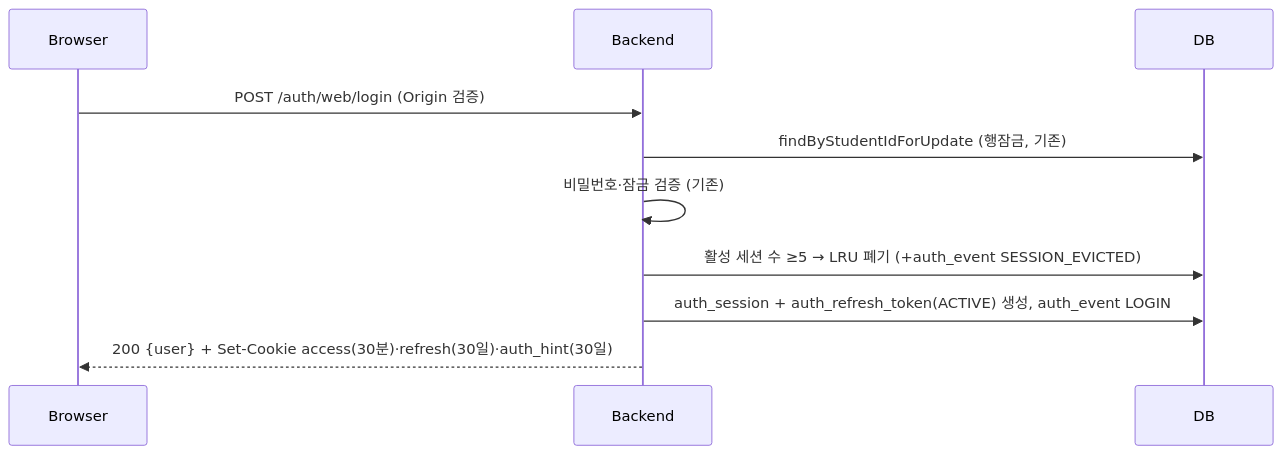
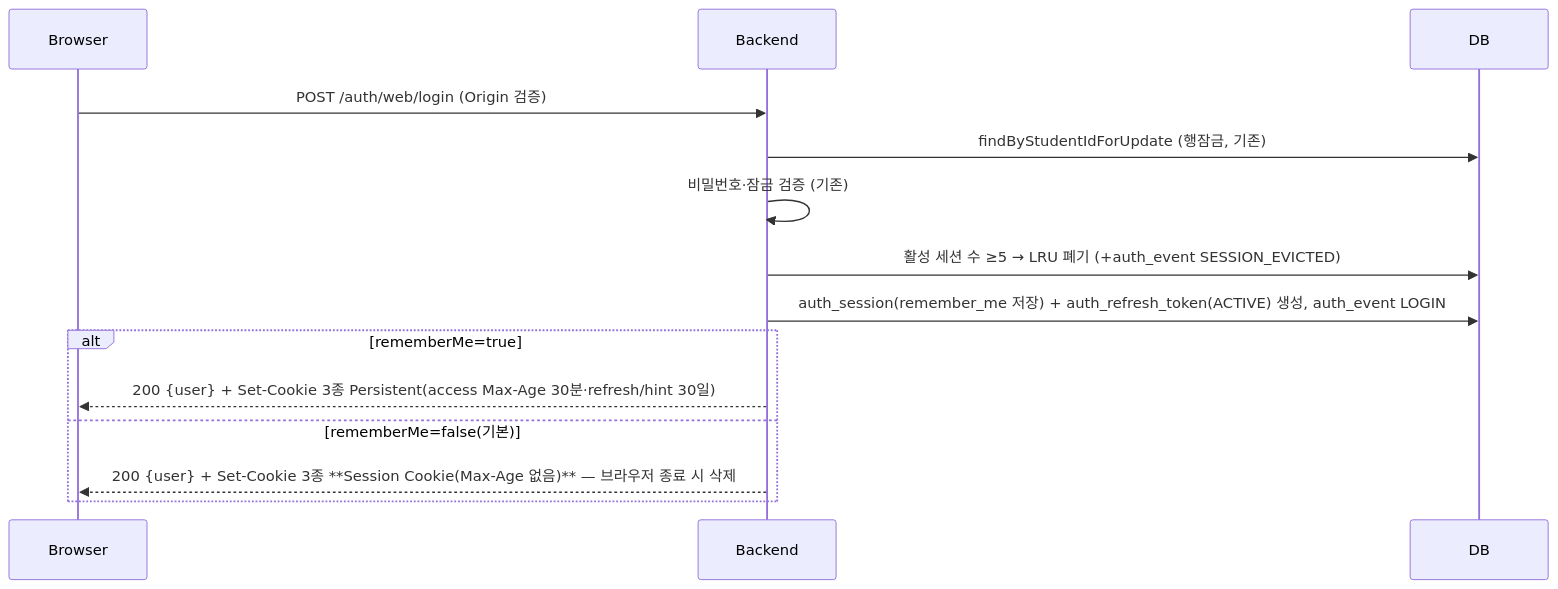
One commit to RublerubitZ/duing changed the first of 2 diagrams in docs/superpowers/specs/2026-07-18-refresh-token-session-auth-design.md. Above: the diagram before and after it, drawn with Mermaid. The commit also changed other lines of this file, not shown here.

Commit message:
docs(backend): 설계에 로그인 상태 유지(rememberMe) 쿠키 지속성 이원화 반영

````diff
--- a/docs/superpowers/specs/2026-07-18-refresh-token-session-auth-design.md
+++ b/docs/superpowers/specs/2026-07-18-refresh-token-session-auth-design.md
@@ -184,12 +204,16 @@
 ```mermaid
 sequenceDiagram
     participant B as Browser
     participant BE as Backend
     participant DB as DB
     B->>BE: POST /auth/web/login (Origin 검증)
     BE->>DB: findByStudentIdForUpdate (행잠금, 기존)
     BE->>BE: 비밀번호·잠금 검증 (기존)
     BE->>DB: 활성 세션 수 ≥5 → LRU 폐기 (+auth_event SESSION_EVICTED)
-    BE->>DB: auth_session + auth_refresh_token(ACTIVE) 생성, auth_event LOGIN
-    BE-->>B: 200 {user} + Set-Cookie access(30분)·refresh(30일)·auth_hint(30일)
+    BE->>DB: auth_session(remember_me 저장) + auth_refresh_token(ACTIVE) 생성, auth_event LOGIN
+    alt rememberMe=true
+        BE-->>B: 200 {user} + Set-Cookie 3종 Persistent(access Max-Age 30분·refresh/hint 30일)
+    else rememberMe=false(기본)
+        BE-->>B: 200 {user} + Set-Cookie 3종 **Session Cookie(Max-Age 없음)** — 브라우저 종료 시 삭제
+    end
 ```
````
